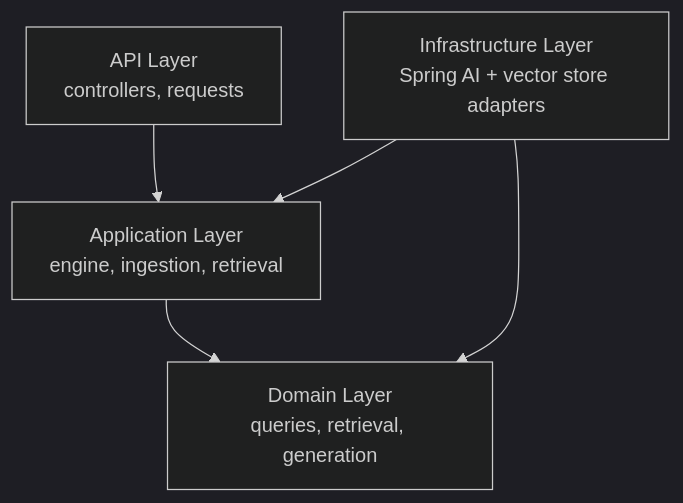
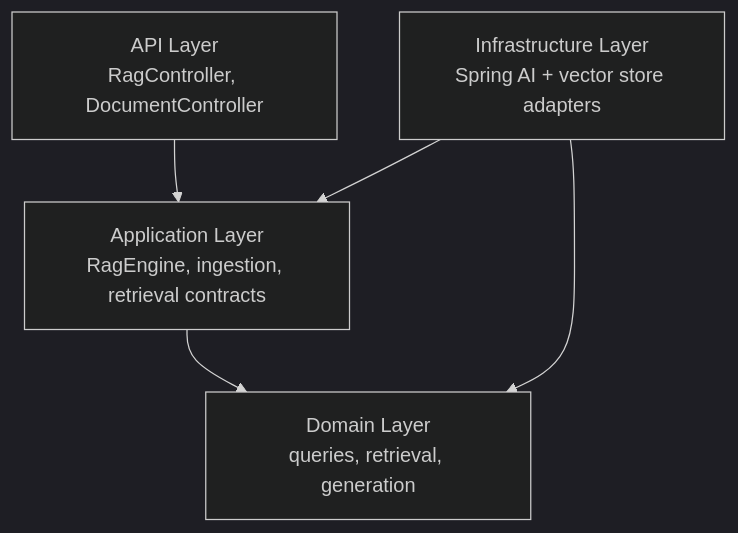
Before and after one commit to BrahimNajiCode/spring-ai-rag-engine: the first of 6 diagrams in README.md, drawn with Mermaid (dark theme). The commit also changed other lines of this file, not shown here.

Commit message:
docs: document Naive RAG architecture and usage

````diff
--- a/README.md
+++ b/README.md
@@ -78,12 +78,12 @@
 ```mermaid
 flowchart TD
-    API[API Layer<br/>controllers, requests]
-    APP[Application Layer<br/>engine, ingestion, retrieval]
+    API[API Layer<br/>RagController, DocumentController]
+    APP[Application Layer<br/>RagEngine, ingestion, retrieval contracts]
     DOMAIN[Domain Layer<br/>queries, retrieval, generation]
     INFRA[Infrastructure Layer<br/>Spring AI + vector store adapters]
 
     API --> APP
     APP --> DOMAIN
     INFRA --> APP
     INFRA --> DOMAIN
 ```
````
